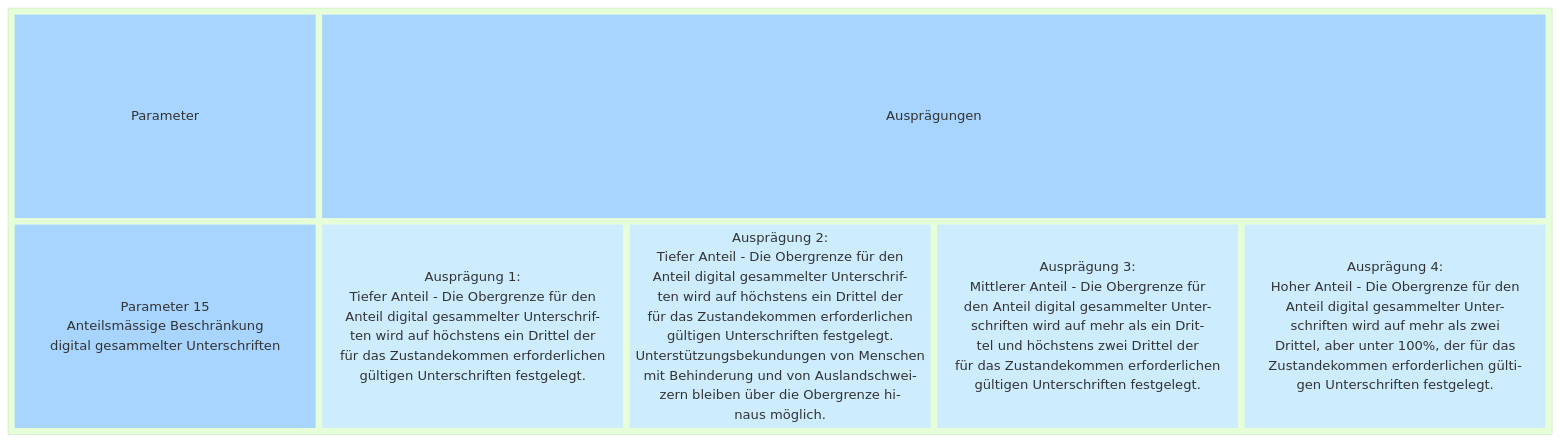
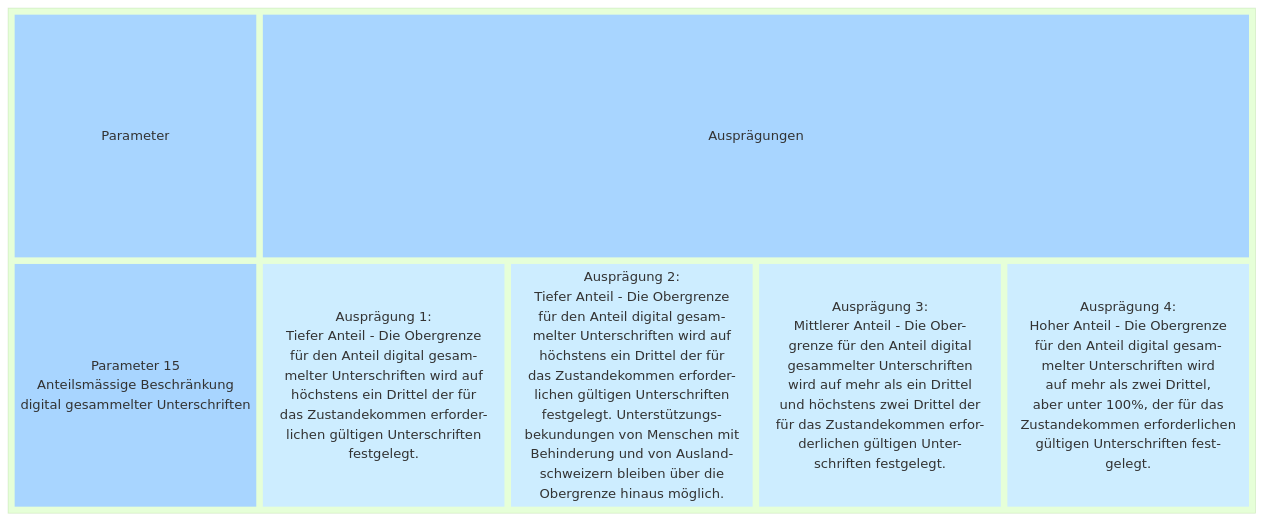
The second of 2 diagrams in docs/morphological-box/parameter-15.md (swiss/e-collecting), drawn with Mermaid (forest theme) before and after one commit.

Commit message:
docs: formatting parameter-15.md

````diff
--- a/docs/morphological-box/parameter-15.md
+++ b/docs/morphological-box/parameter-15.md
@@ -128,48 +128,56 @@
 ```mermaid
 block
   block
     columns 5
     t1["Parameter"]
     t2["Ausprägungen"]:4
     d["Parameter 15
     Anteilsmässige Beschränkung
     digital gesammelter Unterschriften"]
     a1["Ausprägung 1:
-    Tiefer Anteil - Die Obergrenze für den
-    Anteil digital gesammelter Unterschrif-
-    ten wird auf höchstens ein Drittel der
-    für das Zustandekommen erforderlichen
-    gültigen Unterschriften festgelegt."]
+    Tiefer Anteil - Die Obergrenze
+    für den Anteil digital gesam-
+    melter Unterschriften wird auf
+    höchstens ein Drittel der für
+    das Zustandekommen erforder-
+    lichen gültigen Unterschriften
+    festgelegt."]
     a2["Ausprägung 2:
-    Tiefer Anteil - Die Obergrenze für den
-    Anteil digital gesammelter Unterschrif-
-    ten wird auf höchstens ein Drittel der
-    für das Zustandekommen erforderlichen
-    gültigen Unterschriften festgelegt.
-    Unterstützungsbekundungen von Menschen
-    mit Behinderung und von Auslandschwei-
-    zern bleiben über die Obergrenze hi-
-    naus möglich."]
+    Tiefer Anteil - Die Obergrenze
+    für den Anteil digital gesam-
+    melter Unterschriften wird auf
+    höchstens ein Drittel der für
+    das Zustandekommen erforder-
+    lichen gültigen Unterschriften
+    festgelegt. Unterstützungs-
+    bekundungen von Menschen mit
+    Behinderung und von Ausland-
+    schweizern bleiben über die
+    Obergrenze hinaus möglich."]
     a3["Ausprägung 3:
-    Mittlerer Anteil - Die Obergrenze für
-    den Anteil digital gesammelter Unter-
-    schriften wird auf mehr als ein Drit-
-    tel und höchstens zwei Drittel der 
-    für das Zustandekommen erforderlichen
-    gültigen Unterschriften festgelegt."]
+    Mittlerer Anteil - Die Ober-
+    grenze für den Anteil digital
+    gesammelter Unterschriften
+    wird auf mehr als ein Drittel
+    und höchstens zwei Drittel der 
+    für das Zustandekommen erfor-
+    derlichen gültigen Unter-
+    schriften festgelegt."]
     a4["Ausprägung 4:
-    Hoher Anteil - Die Obergrenze für den
-    Anteil digital gesammelter Unter-
-    schriften wird auf mehr als zwei 
-    Drittel, aber unter 100%, der für das
-    Zustandekommen erforderlichen gülti-
-    gen Unterschriften festgelegt."]
+    Hoher Anteil - Die Obergrenze
+    für den Anteil digital gesam-
+    melter Unterschriften wird 
+    auf mehr als zwei Drittel, 
+    aber unter 100%, der für das
+    Zustandekommen erforderlichen
+    gültigen Unterschriften fest-
+    gelegt."]
     style t1 fill:#a8d5ff,stroke-width:0px
     style t2 fill:#a8d5ff,stroke-width:0px
     style d fill:#a8d5ff,stroke-width:0px,text-valign:top
     style a1 fill:#cdedff,stroke-width:0px
     style a2 fill:#cdedff,stroke-width:0px
     style a3 fill:#cdedff,stroke-width:0px
     style a4 fill:#cdedff,stroke-width:0px
   end
 ```
````
